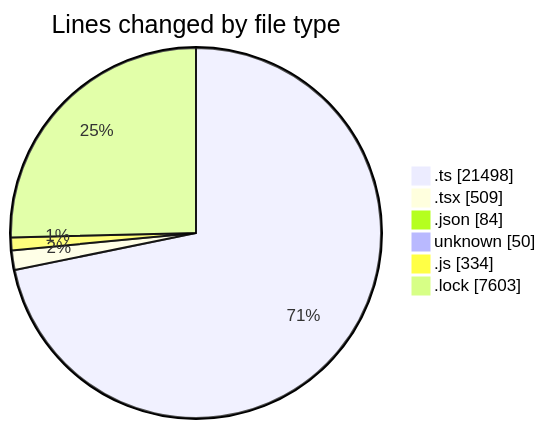
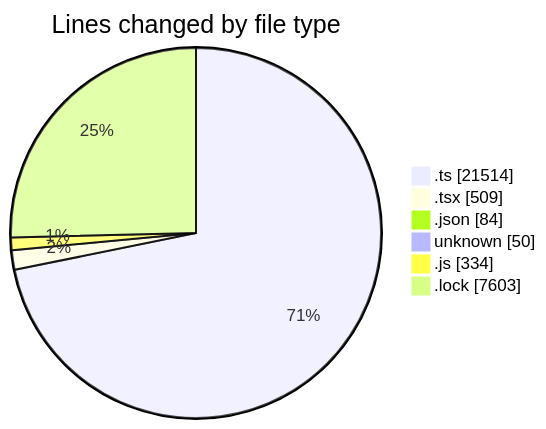
One commit to momahboobian/code-tracking changed the first of 2 diagrams in 2025-11-28/cda/README.md. Above: the diagram before and after it, drawn with Mermaid. The commit also changed other lines of this file and 1 other file, not shown here.

````diff
--- a/2025-11-28/cda/README.md
+++ b/2025-11-28/cda/README.md
@@ -33,10 +33,10 @@
 ```mermaid
 pie showData
 title Lines changed by file type
-".ts" : 21498
+".ts" : 21514
 ".tsx" : 509
 ".json" : 84
 "unknown" : 50
 ".js" : 334
 ".lock" : 7603
 ```
````
